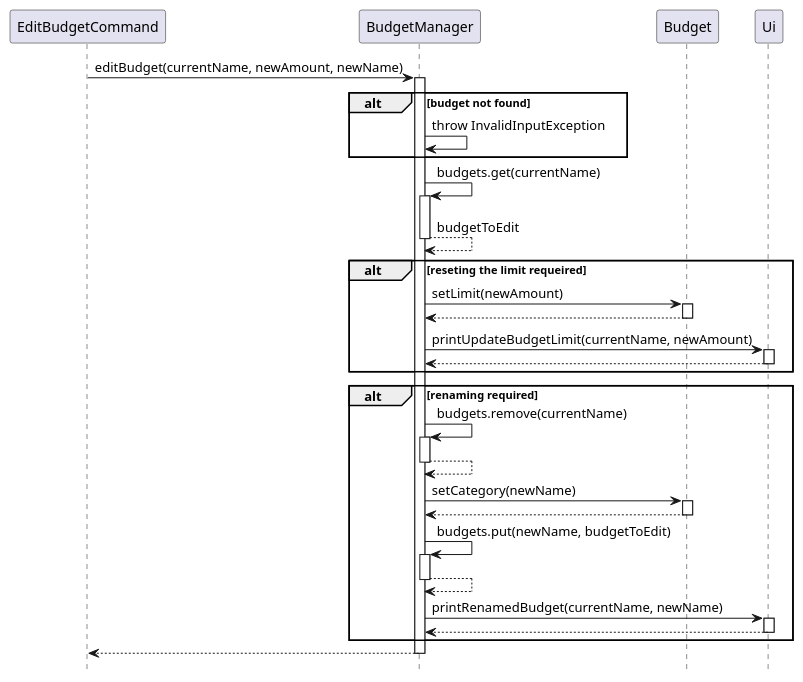
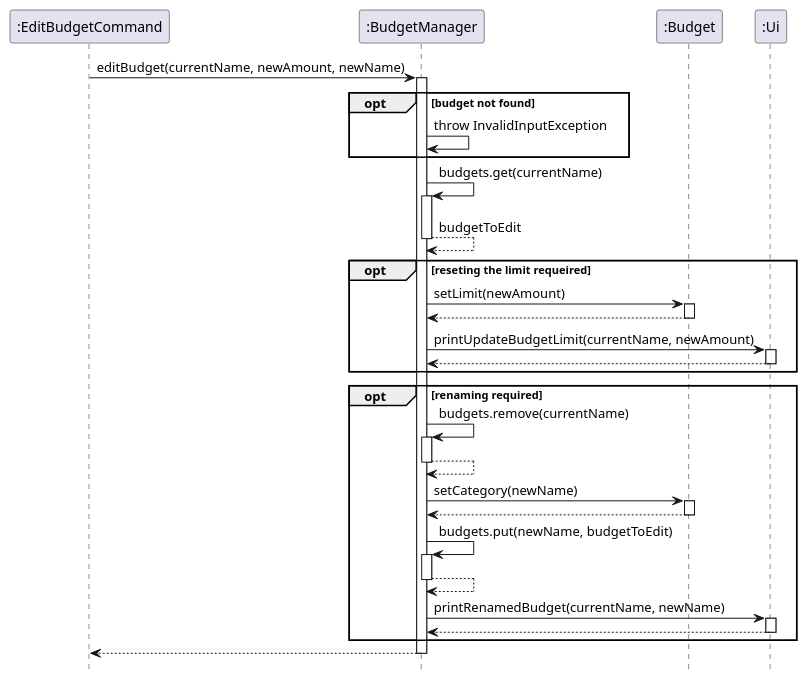
The diagram in docs/diagrams/EditBudgetSequenceDiagram.puml (AY2425S2-CS2113-T12-4/tp), drawn with PlantUML before and after one commit. The commit also changed 6 other files, not shown here.

```diff
--- a/docs/diagrams/EditBudgetSequenceDiagram.puml
+++ b/docs/diagrams/EditBudgetSequenceDiagram.puml
@@ -1,58 +1,58 @@
 @startuml
 hide circle
 skinparam classAttributeIconSize 0
 hide footbox
 
-participant "EditBudgetCommand" as EBC
-participant "BudgetManager" as BM
-participant "Budget" as B
-participant "Ui" as UI
+participant ":EditBudgetCommand" as EBC
+participant ":BudgetManager" as BM
+participant ":Budget" as B
+participant ":Ui" as UI
 
 EBC -> BM: editBudget(currentName, newAmount, newName)
 activate BM
 
-alt budget not found
+opt budget not found
     BM -> BM: throw InvalidInputException
 end
 
 BM -> BM: budgets.get(currentName)
 activate BM
 BM-->BM: budgetToEdit
 deactivate BM
-alt reseting the limit requeired
+opt reseting the limit requeired
   BM -> B: setLimit(newAmount)
   activate B
   B --> BM
   deactivate B
 
 BM -> UI: printUpdateBudgetLimit(currentName, newAmount)
 activate UI
 UI --> BM
 deactivate UI
 end
 
-alt renaming required
+opt renaming required
     BM -> BM: budgets.remove(currentName)
     activate BM
     BM --> BM
     deactivate BM
 
     BM -> B: setCategory(newName)
     activate B
     B --> BM
     deactivate B
 
     BM -> BM: budgets.put(newName, budgetToEdit)
     activate BM
     BM --> BM
     deactivate BM
 
     BM -> UI: printRenamedBudget(currentName, newName)
     activate UI
     UI --> BM
     deactivate UI
 end
 
 BM --> EBC
 deactivate BM
 @enduml
```
